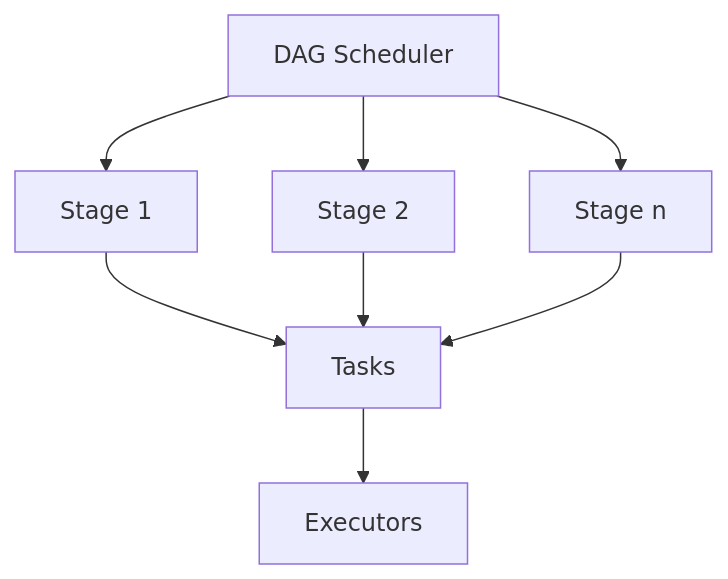
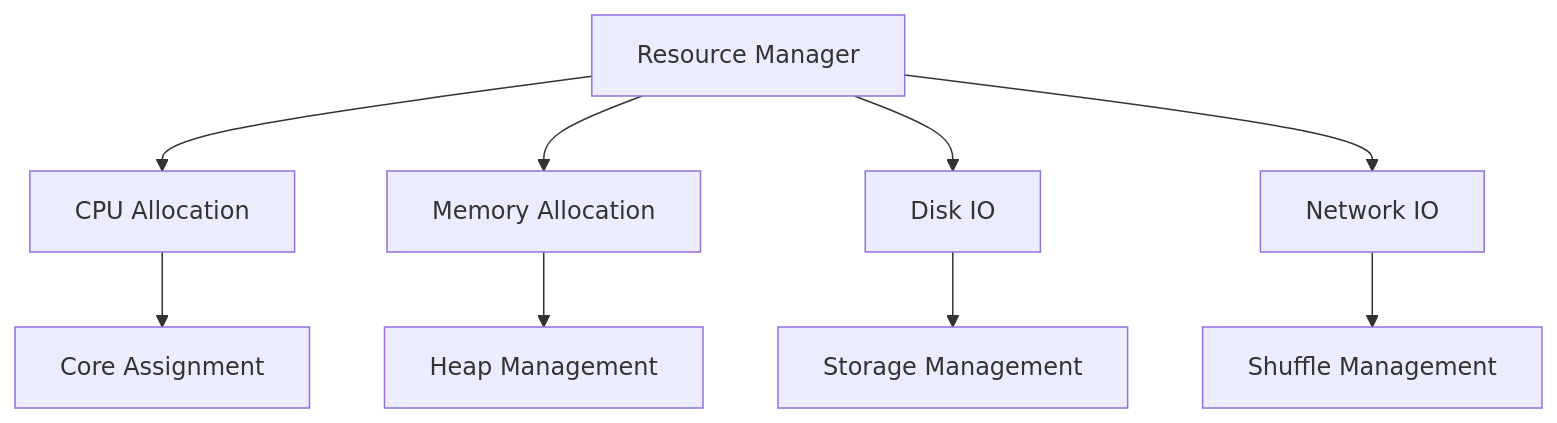
One commit to veltzer/teaching-slides changed the diagram in mermaid/marp/courses/apache-spark-with-scala/01_introduction_to_spark.md/11.mmd. Above: the diagram before and after it, drawn with Mermaid. The commit also changed 27 other files, not shown here.

```diff
--- a/mermaid/marp/courses/apache-spark-with-scala/01_introduction_to_spark.md/11.mmd
+++ b/mermaid/marp/courses/apache-spark-with-scala/01_introduction_to_spark.md/11.mmd
@@ -1,8 +1,10 @@
-graph TB
-    A[DAG Scheduler] --> B[Stage 1]
-    A --> C[Stage 2]
-    A --> D[Stage n]
-    B --> E[Tasks]
-    C --> E
-    D --> E
-    E --> F[Executors]
+flowchart TD
+    A[Resource Manager] --> B[CPU Allocation]
+    A --> C[Memory Allocation]
+    A --> D[Disk IO]
+    A --> E[Network IO]
+    
+    B --> F[Core Assignment]
+    C --> G[Heap Management]
+    D --> H[Storage Management]
+    E --> I[Shuffle Management]
```
